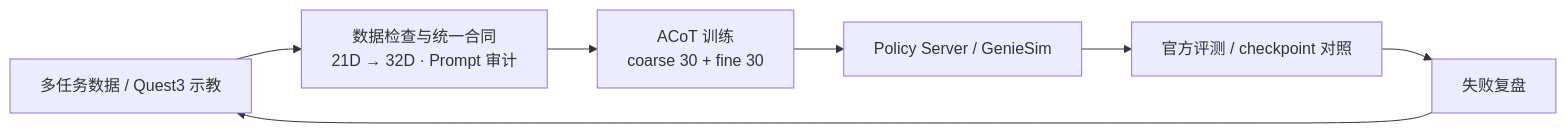
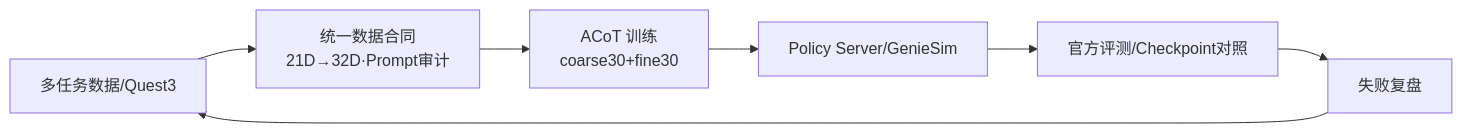
The diagram in content/projects/acot-vla.md (l2ktech/wzy-portfolio), drawn with Mermaid before and after one commit. The commit also changed other lines of this file and 5 other files, not shown here.

````diff
--- a/content/projects/acot-vla.md
+++ b/content/projects/acot-vla.md
@@ -33,9 +11,9 @@
 ```mermaid
 flowchart LR
-    A["多任务数据 / Quest3 示教"] --> B["数据检查与统一合同<br/>21D → 32D · Prompt 审计"]
-    B --> C["ACoT 训练<br/>coarse 30 + fine 30"]
-    C --> D["Policy Server / GenieSim"]
-    D --> E["官方评测 / checkpoint 对照"]
+    A["多任务数据/Quest3"] --> B["统一数据合同<br/>21D→32D·Prompt审计"]
+    B --> C["ACoT 训练<br/>coarse30+fine30"]
+    C --> D["Policy Server/GenieSim"]
+    D --> E["官方评测/Checkpoint对照"]
     E --> F["失败复盘"]
     F --> A
 ```
````
